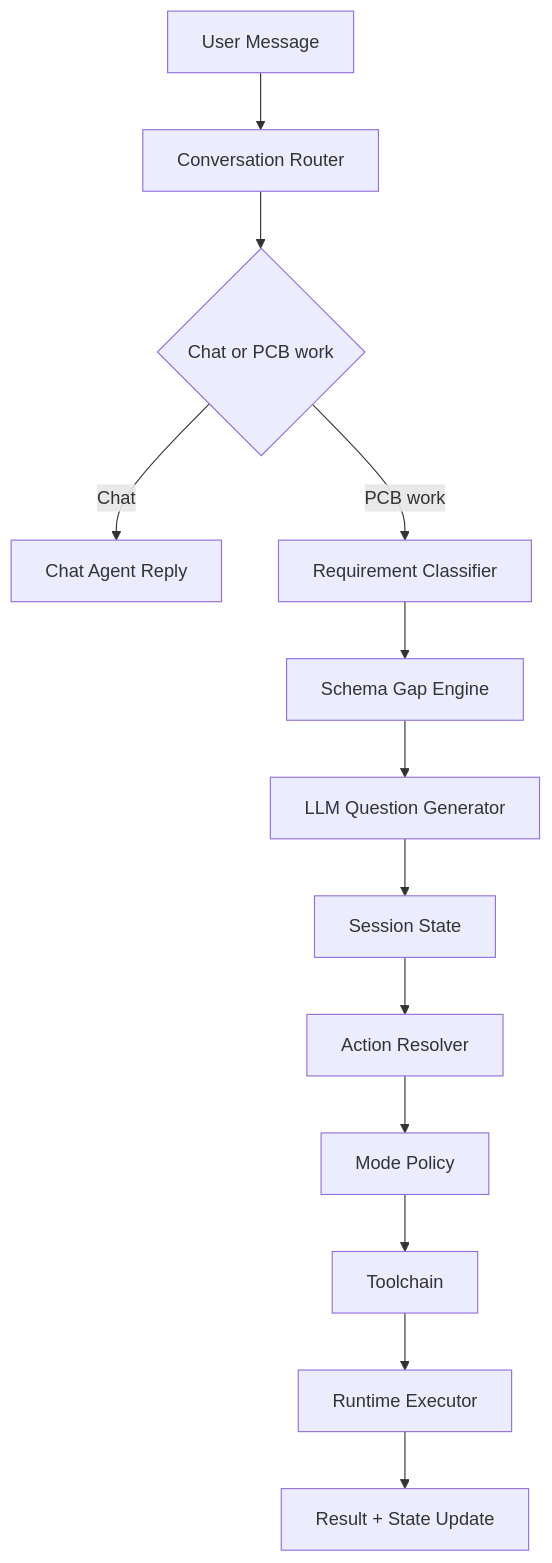
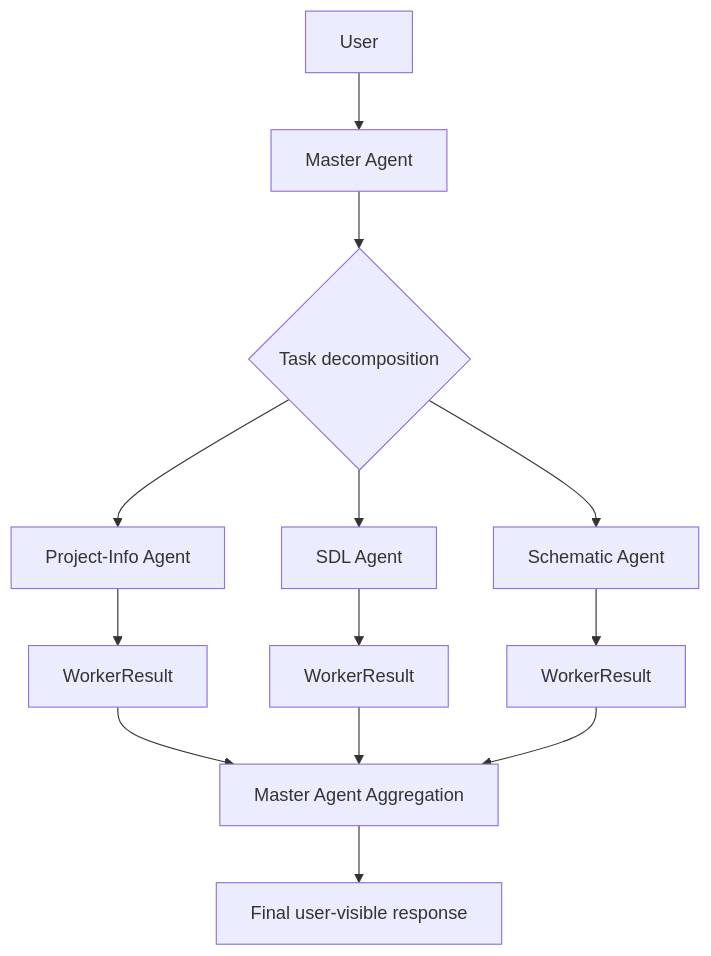
Before and after one commit to yuanmk26/OpenPCB: the diagram in docs/architecture/agent-architecture.md, drawn with Mermaid. The commit also changed other lines of this file, not shown here.

Commit message:
docs(architecture): refactor agent architecture to pi-mono agent-team

````diff
--- a/docs/architecture/agent-architecture.md
+++ b/docs/architecture/agent-architecture.md
@@ -145,15 +104,19 @@
 ```mermaid
 flowchart TD
-    U[User Message] --> R[Conversation Router]
-    R --> D{Chat or PCB work}
-    D -->|Chat| C[Chat Agent Reply]
-    D -->|PCB work| CL[Requirement Classifier]
-    CL --> SG[Schema Gap Engine]
-    SG --> QG[LLM Question Generator]
-    QG --> S[Session State]
-    S --> A[Action Resolver]
-    A --> P[Mode Policy]
-    P --> T[Toolchain]
-    T --> X[Runtime Executor]
-    X --> O[Result + State Update]
+    U[User] --> M[Master Agent]
+    M --> D{Task decomposition}
+
+    D --> P[Project-Info Agent]
+    D --> S[SDL Agent]
+    D --> C[Schematic Agent]
+
+    P --> R1[WorkerResult]
+    S --> R2[WorkerResult]
+    C --> R3[WorkerResult]
+
+    R1 --> A[Master Agent Aggregation]
+    R2 --> A
+    R3 --> A
+
+    A --> O[Final user-visible response]
 ```
````
